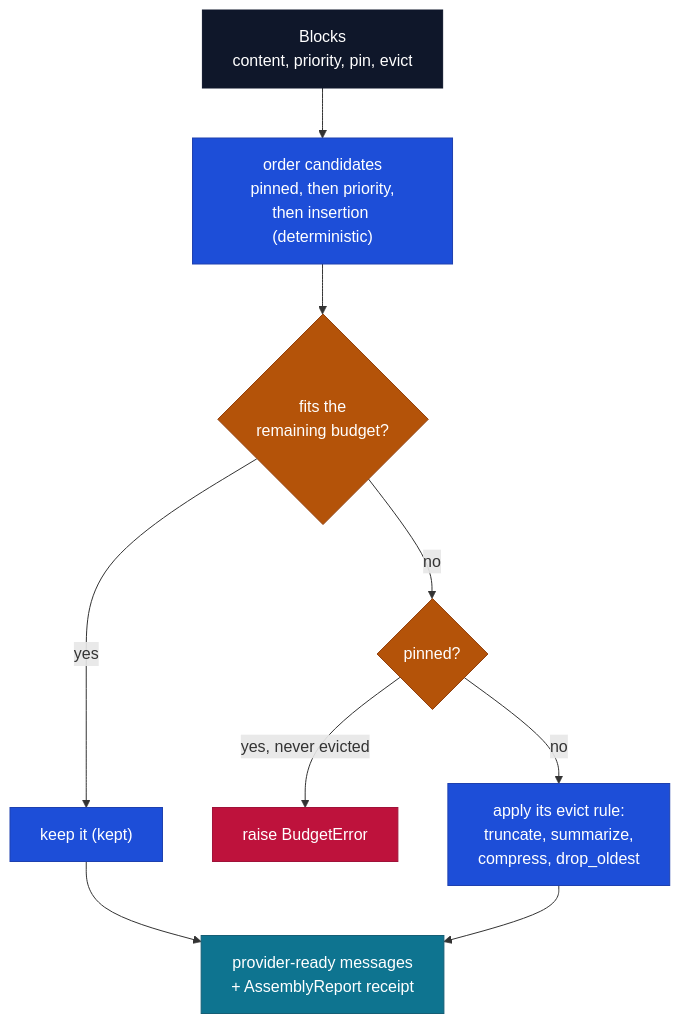
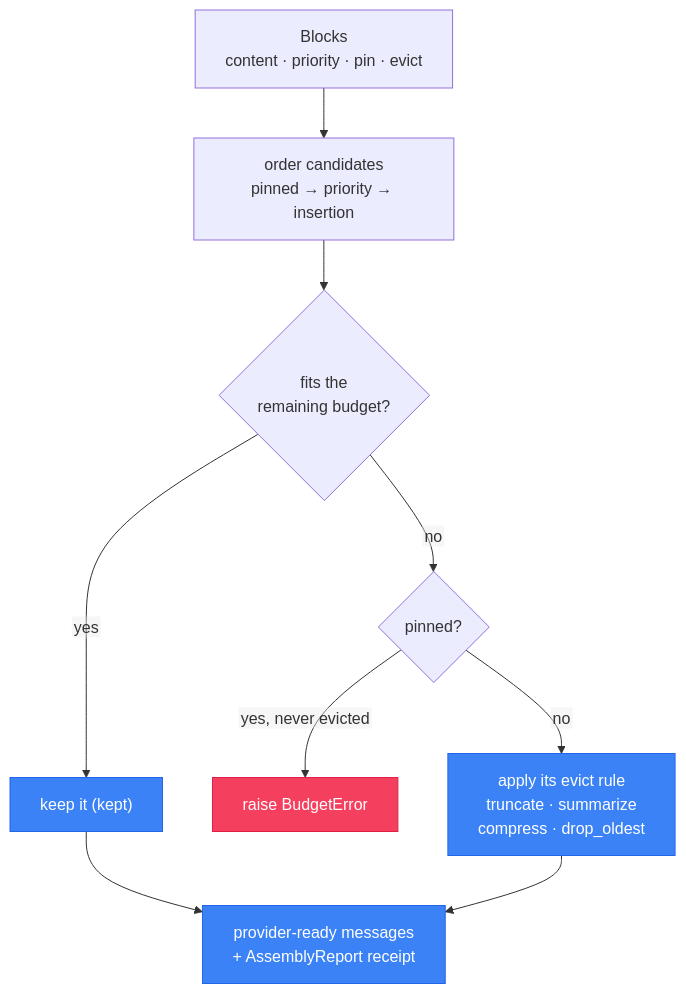
The diagram in docs/contextkit.md (cendorhq/cendor-libs), drawn with Mermaid before and after one commit. The commit also changed other lines of this file and 14 other files, not shown here.

````diff
--- a/docs/contextkit.md
+++ b/docs/contextkit.md
@@ -56,32 +135,23 @@
 ```mermaid
+%%{init: {"flowchart": {"htmlLabels": false}} }%%
 graph TD
-    BLK["Blocks<br/>content, priority, pin, evict"]
-    SORT["order candidates<br/>pinned, then priority,<br/>then insertion (deterministic)"]
+    BLK["Blocks<br/>content · priority · pin · evict"]
+    SORT["order candidates<br/>pinned → priority → insertion"]
     FITS{"fits the<br/>remaining budget?"}
     KEEP["keep it (kept)"]
     PIN{"pinned?"}
     ERR["raise BudgetError"]
-    EVICT["apply its evict rule:<br/>truncate, summarize,<br/>compress, drop_oldest"]
+    EVICT["apply its evict rule<br/>truncate · summarize<br/>compress · drop_oldest"]
     OUT["provider-ready messages<br/>+ AssemblyReport receipt"]
 
-    BLK --> SORT
-    SORT --> FITS
-    FITS -->|yes| KEEP
-    KEEP --> OUT
+    BLK --> SORT --> FITS
+    FITS -->|yes| KEEP --> OUT
     FITS -->|no| PIN
     PIN -->|"yes, never evicted"| ERR
-    PIN -->|no| EVICT
-    EVICT --> OUT
+    PIN -->|no| EVICT --> OUT
 
-    classDef in fill:#0f172a,stroke:#0f172a,color:#ffffff;
-    classDef ck fill:#1d4ed8,stroke:#1e40af,color:#ffffff;
-    classDef dec fill:#b45309,stroke:#92400e,color:#ffffff;
-    classDef out fill:#0e7490,stroke:#155e75,color:#ffffff;
-    classDef err fill:#be123c,stroke:#9f1239,color:#ffffff;
-
-    class BLK in;
-    class SORT,KEEP,EVICT ck;
-    class FITS,PIN dec;
-    class OUT out;
-    class ERR err;
+    classDef ck fill:#3B82F6,color:#ffffff,stroke:#2563EB;
+    classDef stop fill:#F43F5E,color:#ffffff,stroke:#E11D48;
+    class KEEP,EVICT,OUT ck;
+    class ERR stop;
 ```
````
